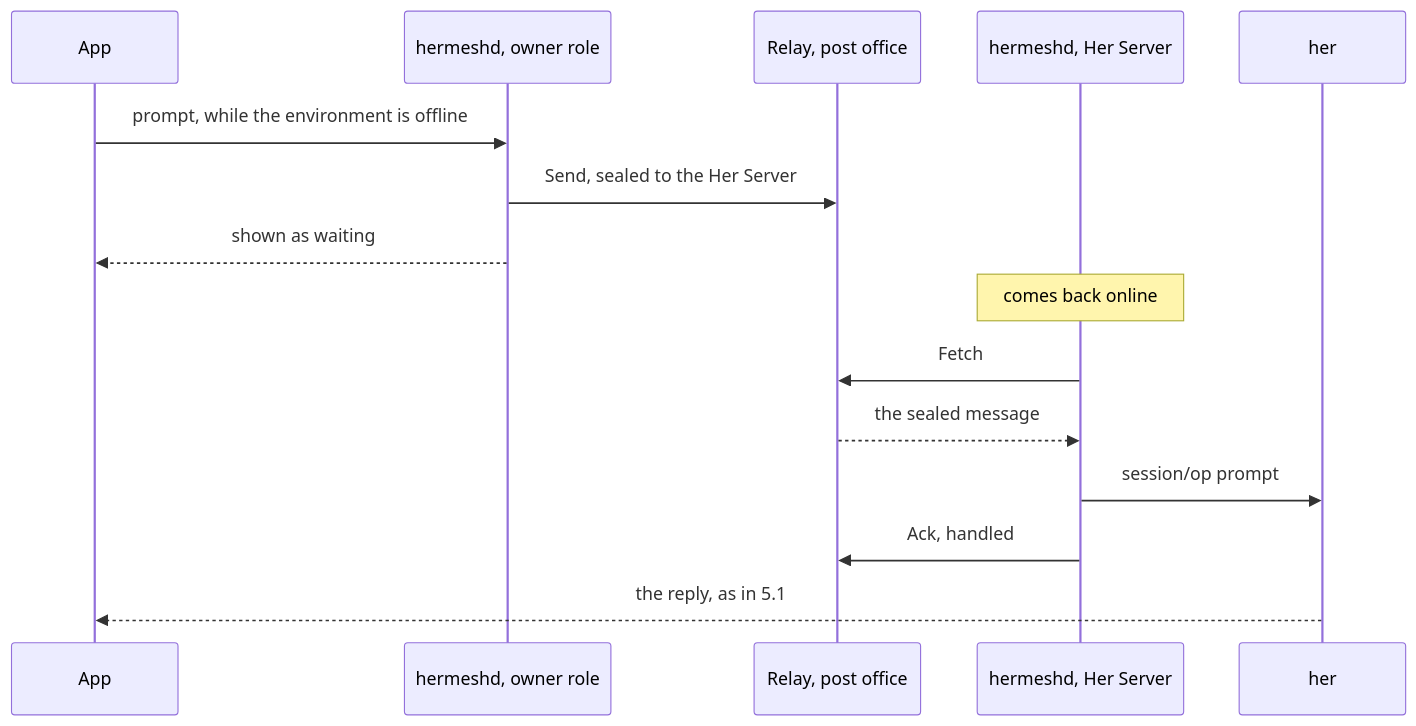
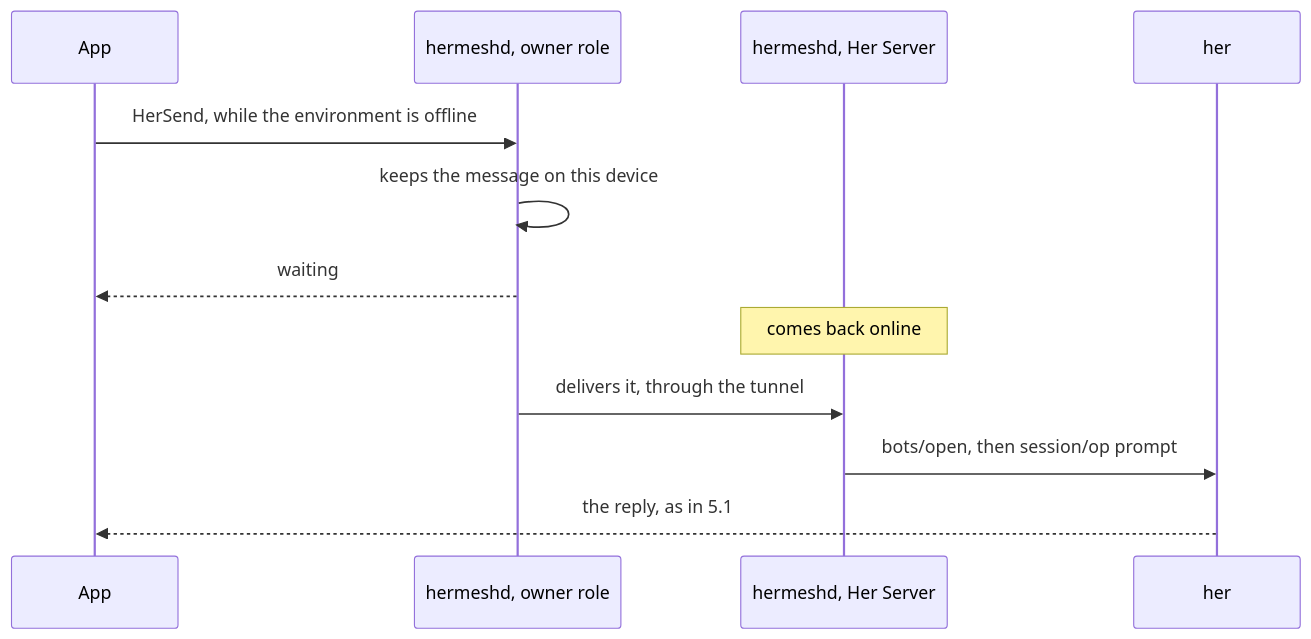
Before and after one commit to hermeshai/hermesh: the ninth of 9 diagrams in docs/her-server.md, drawn with Mermaid. The commit also changed other lines of this file and 22 other files, not shown here.

````diff
--- a/docs/her-server.md
+++ b/docs/her-server.md
@@ -381,17 +382,14 @@
 ```mermaid
 sequenceDiagram
     participant App as App
     participant O as hermeshd, owner role
-    participant R as Relay, post office
     participant M as hermeshd, Her Server
     participant H as her
-    App->>O: prompt, while the environment is offline
-    O->>R: Send, sealed to the Her Server
-    O-->>App: shown as waiting
+    App->>O: HerSend, while the environment is offline
+    O->>O: keeps the message on this device
+    O-->>App: waiting
     Note over M: comes back online
-    M->>R: Fetch
-    R-->>M: the sealed message
-    M->>H: session/op prompt
-    M->>R: Ack, handled
+    O->>M: delivers it, through the tunnel
+    M->>H: bots/open, then session/op prompt
     H-->>App: the reply, as in 5.1
 ```
````
